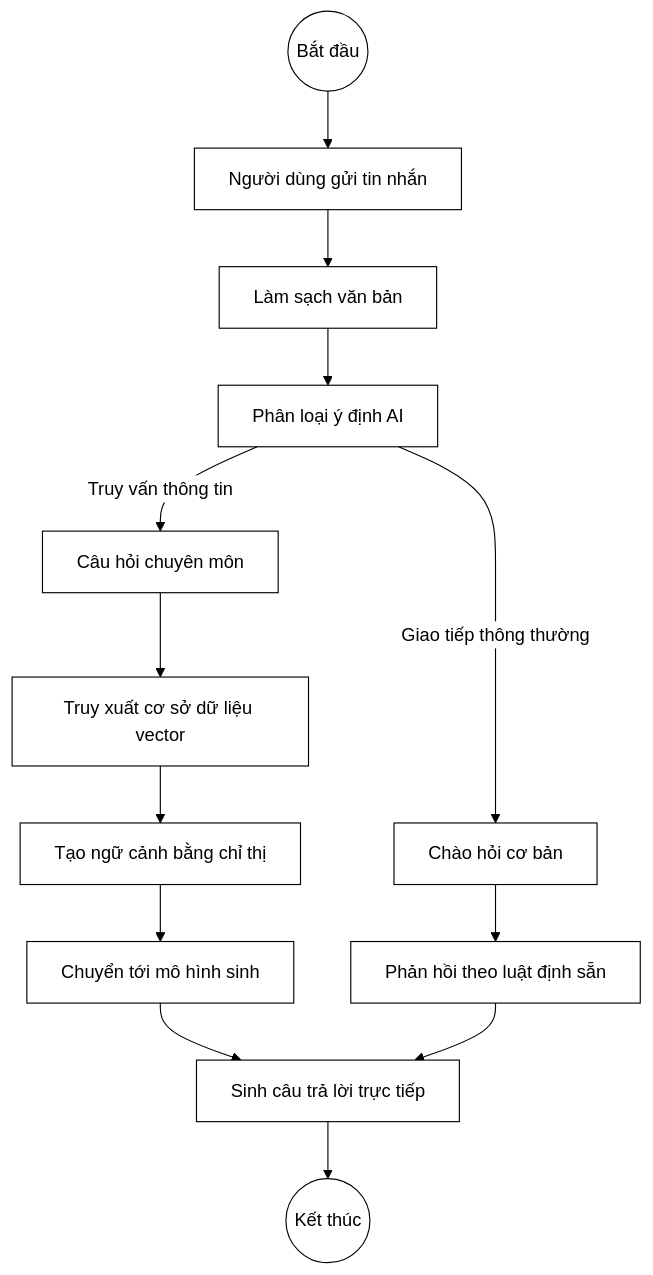
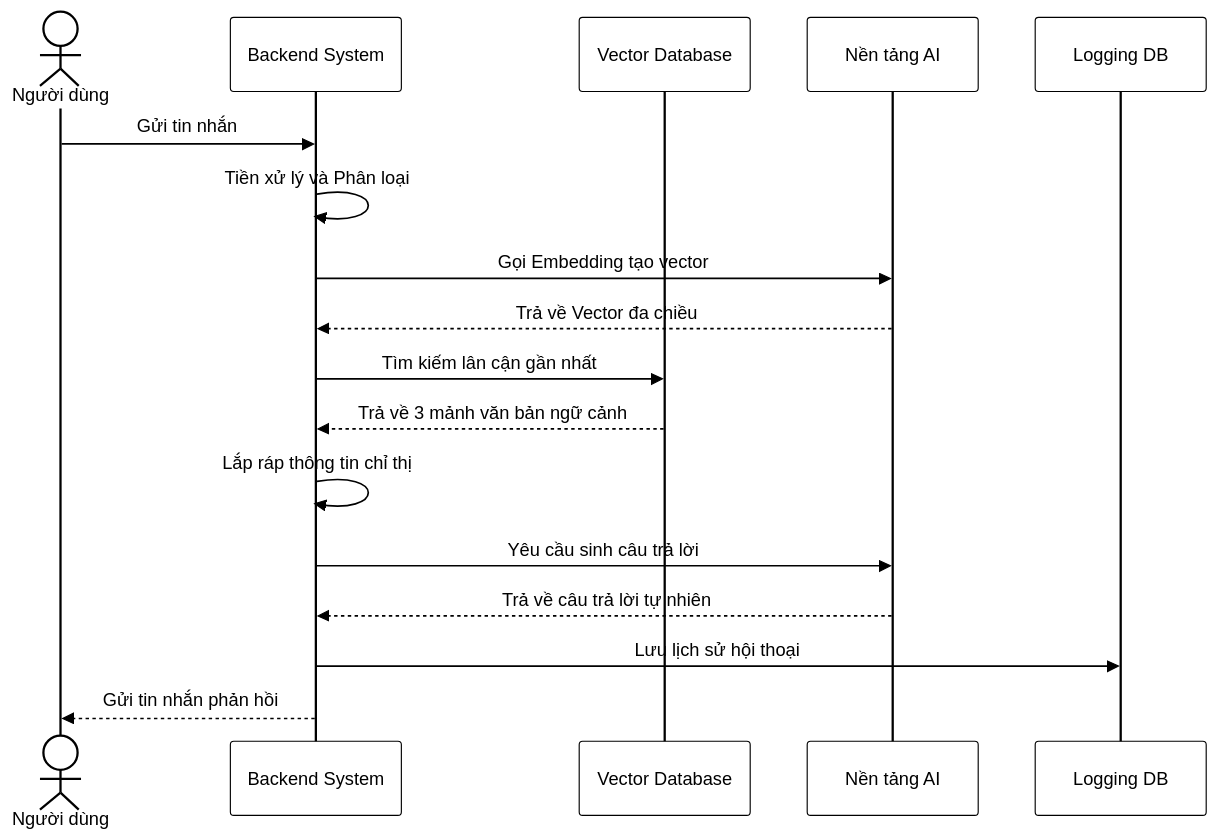
One commit to tranhongs0n/DATN changed the fourth of 5 diagrams in thesis/Document_Planing/Content/2_Chuong2.md. Above: the diagram before and after it, drawn with Mermaid. The commit also changed other lines of this file and 60 other files, not shown here.

````diff
--- a/thesis/Document_Planing/Content/2_Chuong2.md
+++ b/thesis/Document_Planing/Content/2_Chuong2.md
@@ -102,20 +161,21 @@
 ```mermaid
 %%{init: {'theme': 'base', 'themeVariables': { 'primaryColor': '#ffffff', 'primaryBorderColor': '#000000', 'primaryTextColor': '#000000', 'lineColor': '#000000', 'background': '#ffffff'}}}%%
-flowchart TD
-    Start((Bắt đầu)) --> NhanTinNhan[Người dùng gửi tin nhắn]
-    NhanTinNhan --> TienXuLy[Làm sạch văn bản]
-    
-    TienXuLy --> KiemTra[Phân loại ý định AI]
-    KiemTra -->|Giao tiếp thông thường| TinNgan[Chào hỏi cơ bản]
-    KiemTra -->|Truy vấn thông tin| TinHopLe[Câu hỏi chuyên môn]
-    
-    TinNgan --> PhanHoiNhanh[Phản hồi theo luật định sẵn]
-    TinHopLe --> TruyXuat[Truy xuất cơ sở dữ liệu vector]
-    
-    TruyXuat --> TongHop[Tạo ngữ cảnh bằng chỉ thị]
-    TongHop --> LLM[Chuyển tới mô hình sinh]
-    
-    LLM --> PhanHoi[Sinh câu trả lời trực tiếp]
-    PhanHoiNhanh --> PhanHoi
-    PhanHoi --> End((Kết thúc))
+sequenceDiagram
+    actor U as Người dùng
+    participant API as Backend System
+    participant Chroma as Vector Database
+    participant LLM as Nền tảng AI
+    participant SQL as Logging DB
+
+    U->>API: Gửi tin nhắn
+    API->>API: Tiền xử lý và Phân loại
+    API->>LLM: Gọi Embedding tạo vector
+    LLM-->>API: Trả về Vector đa chiều
+    API->>Chroma: Tìm kiếm lân cận gần nhất
+    Chroma-->>API: Trả về 3 mảnh văn bản ngữ cảnh
+    API->>API: Lắp ráp thông tin chỉ thị
+    API->>LLM: Yêu cầu sinh câu trả lời
+    LLM-->>API: Trả về câu trả lời tự nhiên
+    API->>SQL: Lưu lịch sử hội thoại
+    API-->>U: Gửi tin nhắn phản hồi
 ```
````
